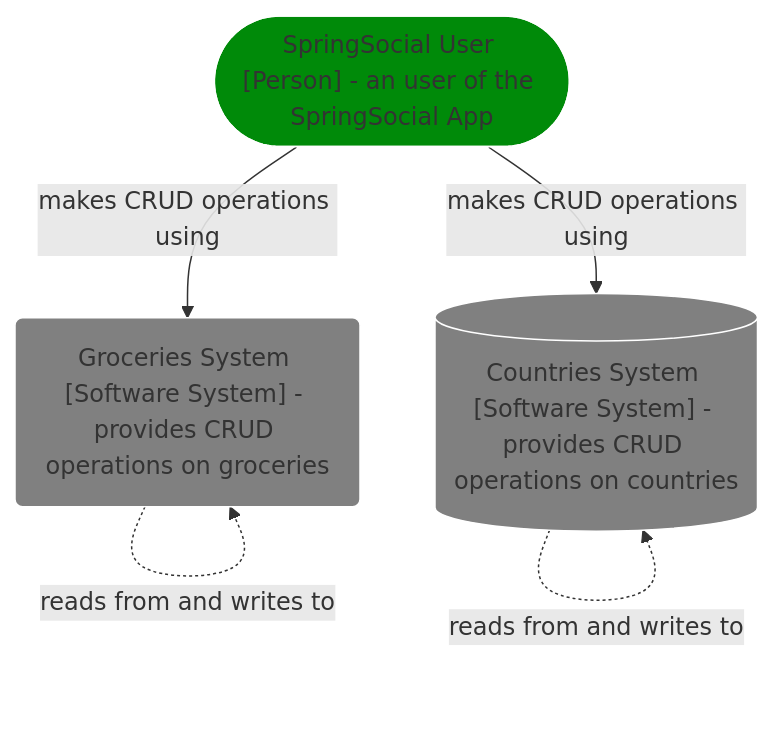
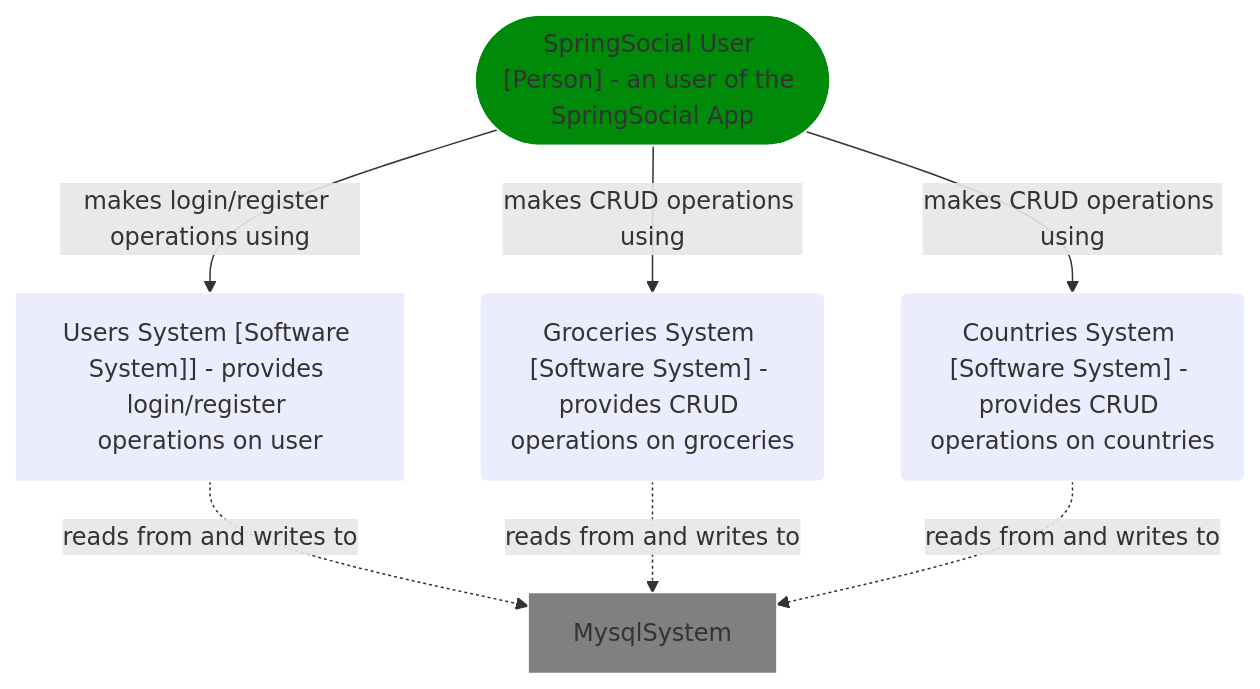
The first of 4 diagrams in Readme.md (ptruta/springBootReactAppDockerFiles), drawn with Mermaid before and after one commit. The commit also changed other lines of this file and 9 other files, not shown here.

Commit message:
adding all the diagram for the documentation

````diff
--- a/Readme.md
+++ b/Readme.md
@@ -69,21 +68,22 @@
 ```mermaid
     graph TB
-        User(["SpringSocial User [Person] - an user of the SpringSocial App"])
+        SpringSocialUser(["SpringSocial User [Person] - an user of the SpringSocial App"])
+        UsersSystem["Users System [Software System]] - provides login/register operations on user"]
         GroceriesSystem("Groceries System [Software System] - provides CRUD operations on groceries")
-        CountriesSystem[("Countries System [Software System] - provides CRUD operations on countries")]
+        CountriesSystem("Countries System [Software System] - provides CRUD operations on countries")
+        
+        SpringSocialUser-->|"makes login/register operations using"|UsersSystem
+        SpringSocialUser-->|"makes CRUD operations using"|GroceriesSystem
+        SpringSocialUser-->|"makes CRUD operations using"|CountriesSystem
 
-        User-->|"makes CRUD operations using"|GroceriesSystem
-        User-->|"makes CRUD operations using"|CountriesSystem
-
-        GroceriesSystem-.->|"reads from and writes to"|GroceriesSystem
-        CountriesSystem-.->|"reads from and writes to"|CountriesSystem
+        UsersSystem-.->|"reads from and writes to"|MysqlSystem
+        GroceriesSystem-.->|"reads from and writes to"|MysqlSystem
+        CountriesSystem-.->|"reads from and writes to"|MysqlSystem
 
         classDef user fill:#008a09,stroke:#fff;
-        classDef mainSystem fill:#003366,stroke:#fff;
+        classDef mainSystem fill:#00338,stroke:#fff;
         classDef externalSystem fill:grey,stroke:#fff;
-        class User user;
-        class GroceriesSystem mainSystem;
-        class GroceriesSystem externalSystem;
-        class CountriesSystem mainSystem;
-        class CountriesSystem externalSystem;
+        class SpringSocialUser user;
+        class GroceriesSystem,CountriesSystem,UsersSystem mainSystem;
+        class MysqlSystem externalSystem;
 ```
````
